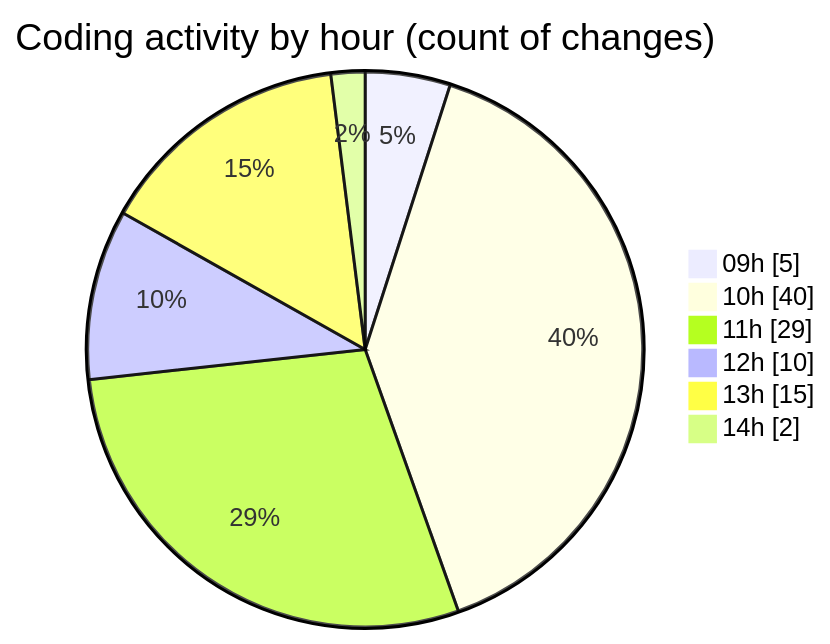
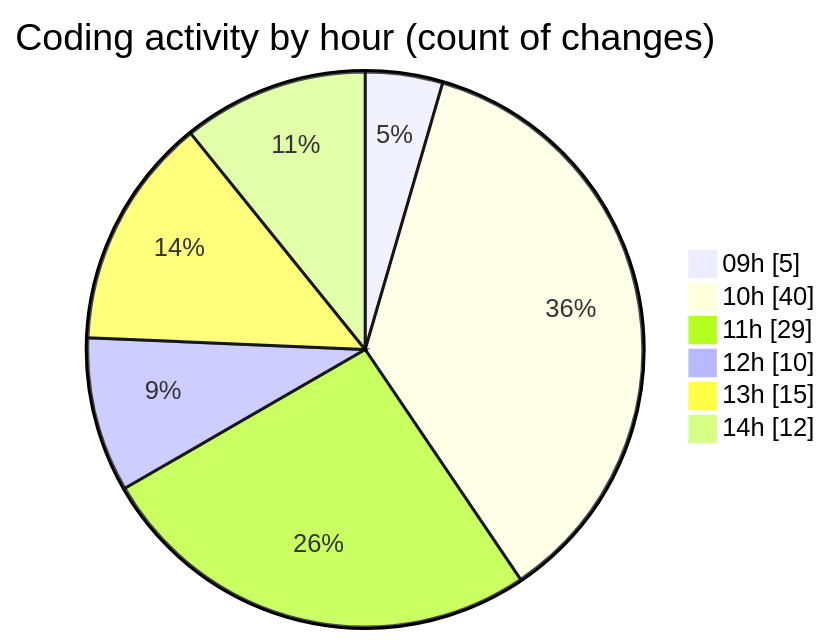
One commit to CELIANVF/code-tracking changed the second of 2 diagrams in 2025-06-02/ecodeli-1/README.md. Above: the diagram before and after it, drawn with Mermaid. The commit also changed other lines of this file and 1 other file, not shown here.

````diff
--- a/2025-06-02/ecodeli-1/README.md
+++ b/2025-06-02/ecodeli-1/README.md
@@ -82,10 +82,10 @@
 ```mermaid
 pie showData
 title Coding activity by hour (count of changes)
 "09h" : 5
 "10h" : 40
 "11h" : 29
 "12h" : 10
 "13h" : 15
-"14h" : 2
+"14h" : 12
 ```
````
